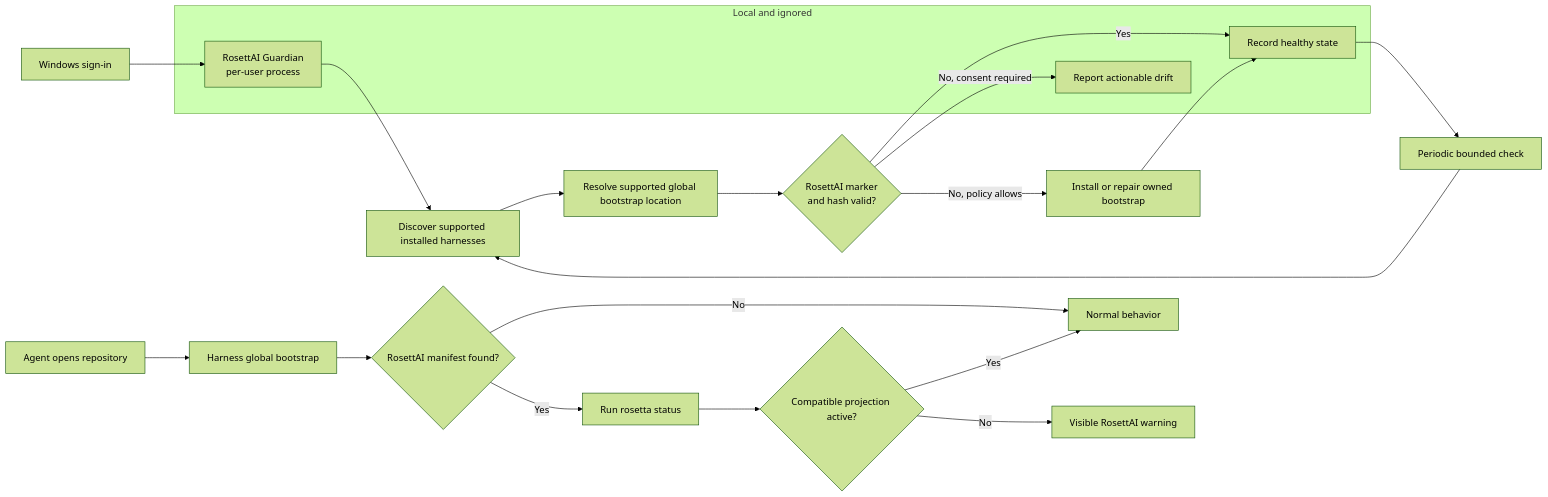
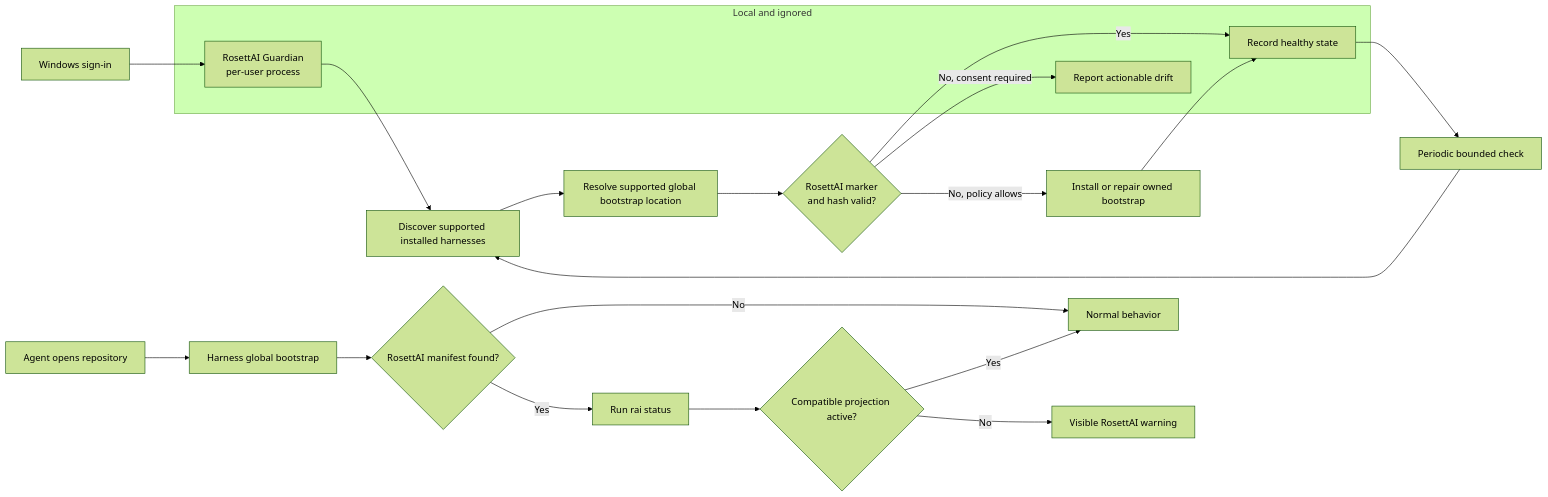
Before and after one commit to Gamma-Software/RosettAI: the diagram in docs/architecture/guardian-architecture.mmd, drawn with Mermaid (forest theme). The commit also changed 8 other files, not shown here.

```diff
--- a/docs/architecture/guardian-architecture.mmd
+++ b/docs/architecture/guardian-architecture.mmd
@@ -1,25 +1,25 @@
 flowchart LR
   Login[Windows sign-in] --> Guardian[RosettAI Guardian<br/>per-user process]
   Guardian --> Discover[Discover supported installed harnesses]
   Discover --> Map[Resolve supported global bootstrap location]
   Map --> Check{RosettAI marker<br/>and hash valid?}
   Check -->|Yes| Monitor[Record healthy state]
   Check -->|No, policy allows| Repair[Install or repair owned bootstrap]
   Check -->|No, consent required| Alert[Report actionable drift]
   Repair --> Monitor
   Monitor --> Tick[Periodic bounded check]
   Tick --> Discover
 
   Agent[Agent opens repository] --> Bootstrap[Harness global bootstrap]
   Bootstrap --> Canonical{RosettAI manifest found?}
   Canonical -->|No| Continue[Normal behavior]
-  Canonical -->|Yes| Status[Run rosetta status]
+  Canonical -->|Yes| Status[Run rai status]
   Status --> Active{Compatible projection active?}
   Active -->|Yes| Continue
   Active -->|No| Warning[Visible RosettAI warning]
 
   subgraph LocalState [Local and ignored]
     Guardian
     Monitor
     Alert
   end
```
